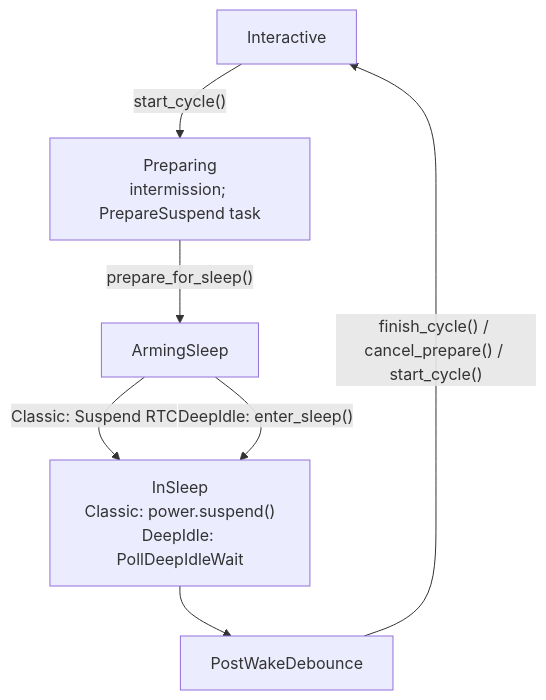
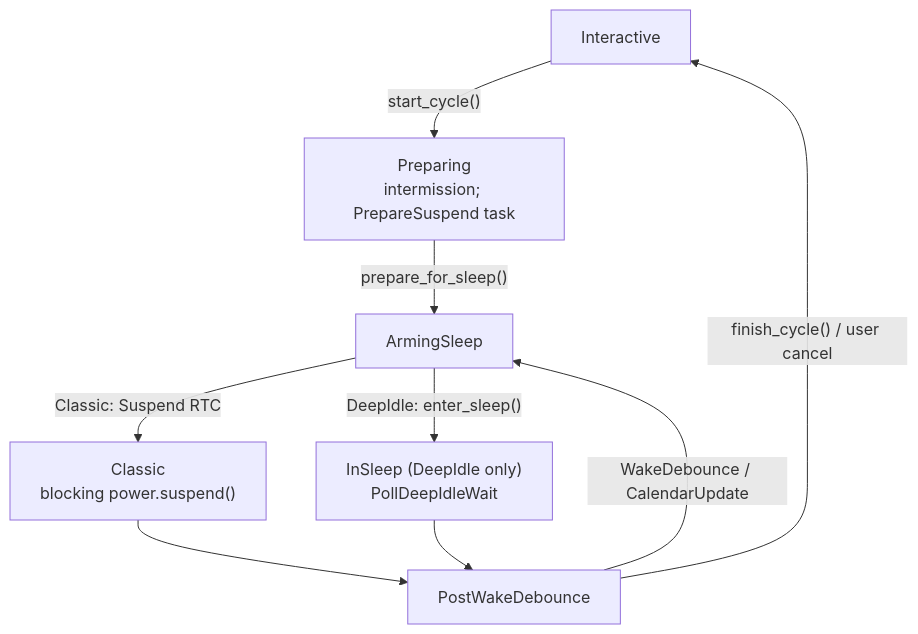
One commit to OGKevin/cadmus changed the diagram in docs/src/contributing/device/suspend/orchestrator.md. Above: the diagram before and after it, drawn with Mermaid. The commit also changed other lines of this file and 40 other files, not shown here.

````diff
--- a/docs/src/contributing/device/suspend/orchestrator.md
+++ b/docs/src/contributing/device/suspend/orchestrator.md
@@ -23,15 +25,18 @@
 ```mermaid
 flowchart TD
     interactive["Interactive"]
     preparing["Preparing<br/>intermission; PrepareSuspend task"]
     arming["ArmingSleep"]
-    inSleep["InSleep<br/>Classic: power.suspend()<br/>DeepIdle: PollDeepIdleWait"]
+    classic["Classic<br/>blocking power.suspend()"]
+    inSleep["InSleep (DeepIdle only)<br/>PollDeepIdleWait"]
     debounce["PostWakeDebounce"]
 
     interactive -->|"start_cycle()"| preparing
     preparing -->|"prepare_for_sleep()"| arming
-    arming -->|"Classic: Suspend RTC"| inSleep
+    arming -->|"Classic: Suspend RTC"| classic
     arming -->|"DeepIdle: enter_sleep()"| inSleep
+    classic --> debounce
     inSleep --> debounce
-    debounce -->|"finish_cycle() / cancel_prepare() / start_cycle()"| interactive
+    debounce -->|"finish_cycle() / user cancel"| interactive
+    debounce -->|"WakeDebounce / CalendarUpdate"| arming
 ```
````
